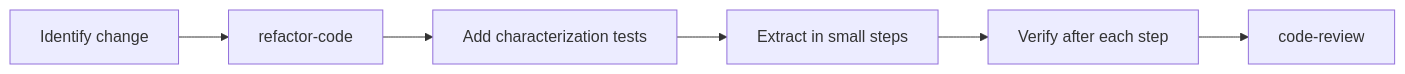
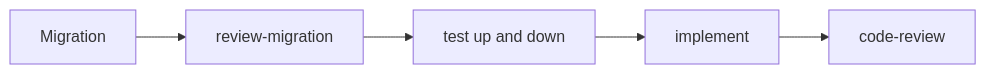
Before and after one commit to igmarin/rails-agent-skills: the sixth of 6 diagrams in docs/persona-guide.md, drawn with Mermaid. The commit also changed other lines of this file and 49 other files, not shown here.

````diff
--- a/docs/persona-guide.md
+++ b/docs/persona-guide.md
@@ -662,8 +81,7 @@
 ```mermaid
 flowchart LR
-    A[Identify change] --> B[refactor-code]
-    B --> C["Add characterization tests"]
-    C --> D["Extract in small steps"]
-    D --> E["Verify after each step"]
-    E --> F[code-review]
+    A[Migration] --> B[review-migration]
+    B --> C[test up and down]
+    C --> D[implement]
+    D --> E[code-review]
 ```
````
